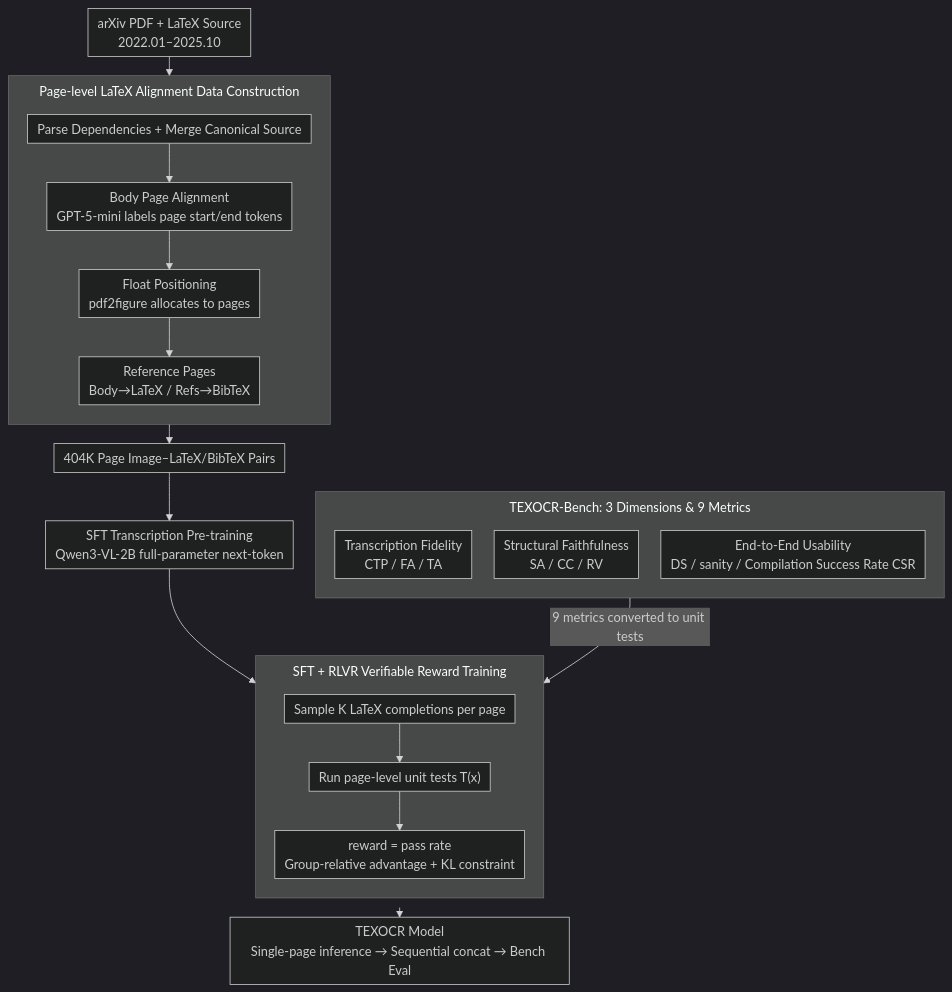
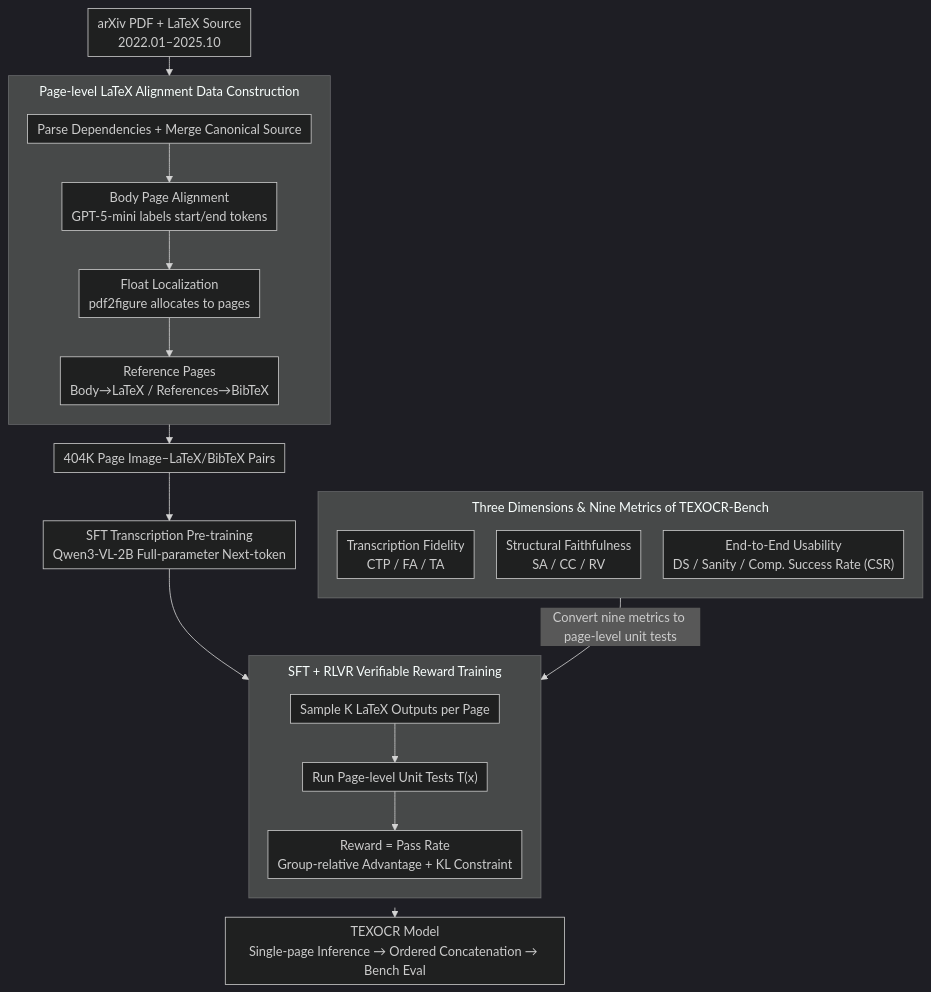
One commit to zhaoyang97/Paper-Notes-en changed the diagram in docs/ACL2026/multimodal_vlm/texocr_advancing_document_ocr_models_for_compilable_page-to-latex_reconstruction.md. Above: the diagram before and after it, drawn with Mermaid (dark theme). The commit also changed other lines of this file and 5084 other files, not shown here.

````diff
--- a/docs/ACL2026/multimodal_vlm/texocr_advancing_document_ocr_models_for_compilable_page-to-latex_reconstruction.md
+++ b/docs/ACL2026/multimodal_vlm/texocr_advancing_document_ocr_models_for_compilable_page-to-latex_reconstruction.md
@@ -46,28 +46,28 @@
 ```mermaid
 %%{init: {'flowchart': {'rankSpacing': 24, 'nodeSpacing': 28, 'padding': 6, 'wrappingWidth': 400, 'subGraphTitleMargin': {'top': 8, 'bottom': 16}}}}%%
 flowchart TD
-    subgraph BENCH["TEXOCR-Bench: 3 Dimensions & 9 Metrics"]
+    subgraph BENCH["Three Dimensions & Nine Metrics of TEXOCR-Bench"]
         direction TB
         M["Transcription Fidelity<br/>CTP / FA / TA"]
         N["Structural Faithfulness<br/>SA / CC / RV"]
-        O["End-to-End Usability<br/>DS / sanity / Compilation Success Rate CSR"]
+        O["End-to-End Usability<br/>DS / Sanity / Comp. Success Rate (CSR)"]
     end
     A["arXiv PDF + LaTeX Source<br/>2022.01–2025.10"]
     subgraph DATA["Page-level LaTeX Alignment Data Construction"]
         direction TB
-        B["Parse Dependencies + Merge Canonical Source"] --> C["Body Page Alignment<br/>GPT-5-mini labels page start/end tokens"]
-        C --> D["Float Positioning<br/>pdf2figure allocates to pages"]
-        D --> E["Reference Pages<br/>Body→LaTeX / Refs→BibTeX"]
+        B["Parse Dependencies + Merge Canonical Source"] --> C["Body Page Alignment<br/>GPT-5-mini labels start/end tokens"]
+        C --> D["Float Localization<br/>pdf2figure allocates to pages"]
+        D --> E["Reference Pages<br/>Body→LaTeX / References→BibTeX"]
     end
     A --> DATA
     DATA --> F["404K Page Image–LaTeX/BibTeX Pairs"]
-    F --> G["SFT Transcription Pre-training<br/>Qwen3-VL-2B full-parameter next-token"]
+    F --> G["SFT Transcription Pre-training<br/>Qwen3-VL-2B Full-parameter Next-token"]
     subgraph RLVR["SFT + RLVR Verifiable Reward Training"]
         direction TB
-        H["Sample K LaTeX completions per page"] --> I["Run page-level unit tests T(x)"]
-        I --> J["reward = pass rate<br/>Group-relative advantage + KL constraint"]
+        H["Sample K LaTeX Outputs per Page"] --> I["Run Page-level Unit Tests T(x)"]
+        I --> J["Reward = Pass Rate<br/>Group-relative Advantage + KL Constraint"]
     end
     G --> RLVR
-    BENCH -->|9 metrics converted to unit tests| I
-    RLVR --> K["TEXOCR Model<br/>Single-page inference → Sequential concat → Bench Eval"]
+    BENCH -->|Convert nine metrics to page-level unit tests| I
+    RLVR --> K["TEXOCR Model<br/>Single-page Inference → Ordered Concatenation → Bench Eval"]
 ```
````
